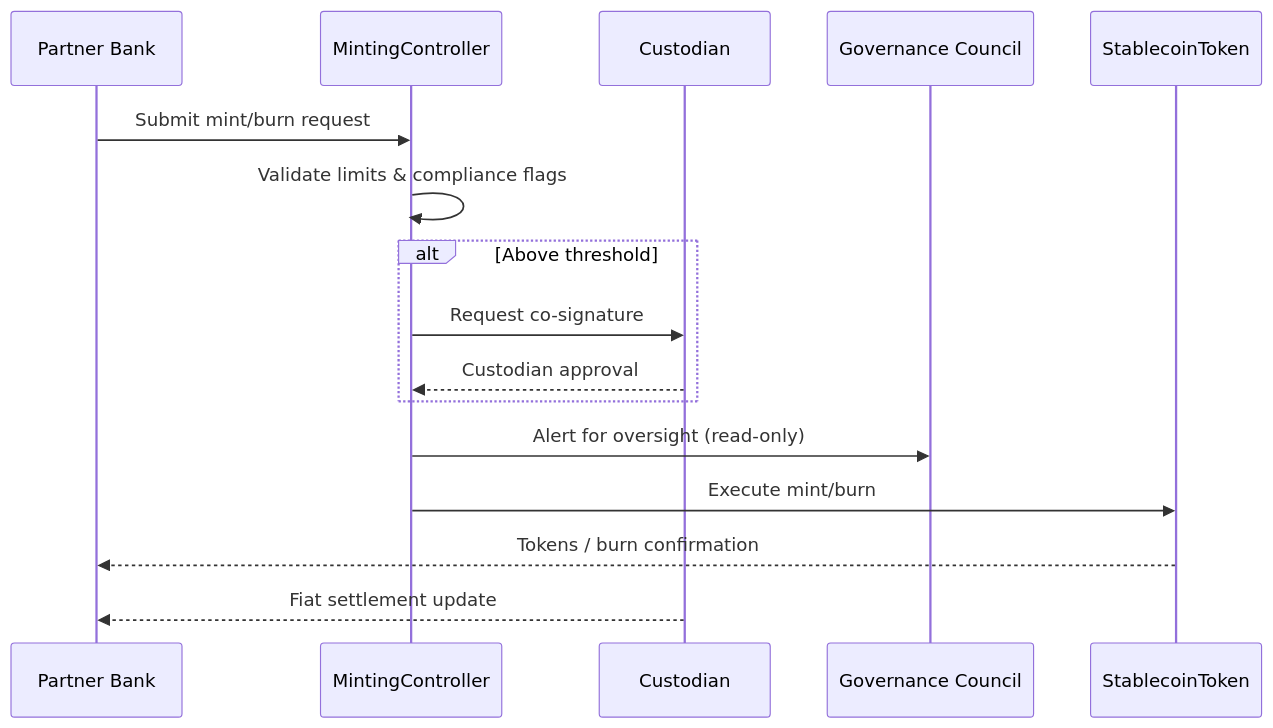
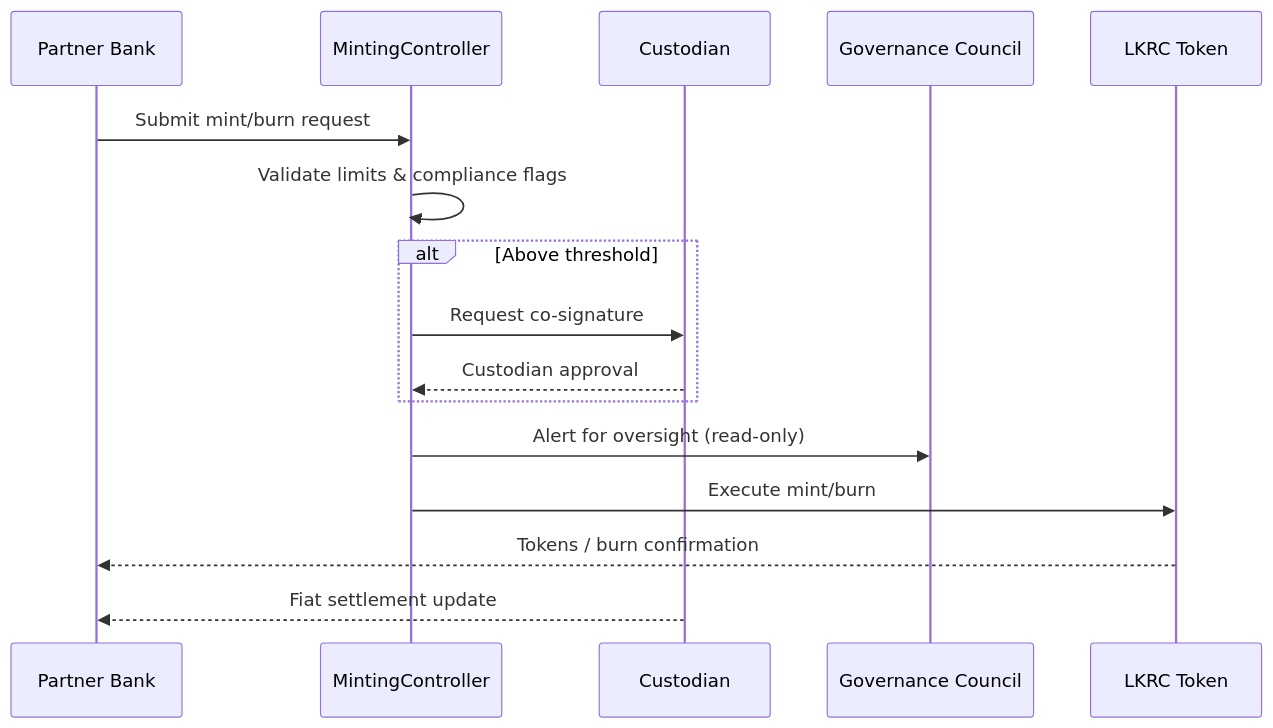
Before and after one commit to CeyLabs/LKRC-Stablecoin: the second of 4 diagrams in docs/governance/processes.md, drawn with Mermaid. The commit also changed other lines of this file and 1 other file, not shown here.

````diff
--- a/docs/governance/processes.md
+++ b/docs/governance/processes.md
@@ -40,19 +42,19 @@
 ```mermaid
 sequenceDiagram
     participant PB as Partner Bank
     participant MC as MintingController
     participant CU as Custodian
     participant GC as Governance Council
-    participant ST as StablecoinToken
+    participant LKRC as LKRC Token
 
     PB->>MC: Submit mint/burn request
     MC->>MC: Validate limits & compliance flags
     alt Above threshold
         MC->>CU: Request co-signature
         CU-->>MC: Custodian approval
     end
     MC->>GC: Alert for oversight (read-only)
-    MC->>ST: Execute mint/burn
-    ST-->>PB: Tokens / burn confirmation
+    MC->>LKRC: Execute mint/burn
+    LKRC-->>PB: Tokens / burn confirmation
     CU-->>PB: Fiat settlement update
 ```
````
